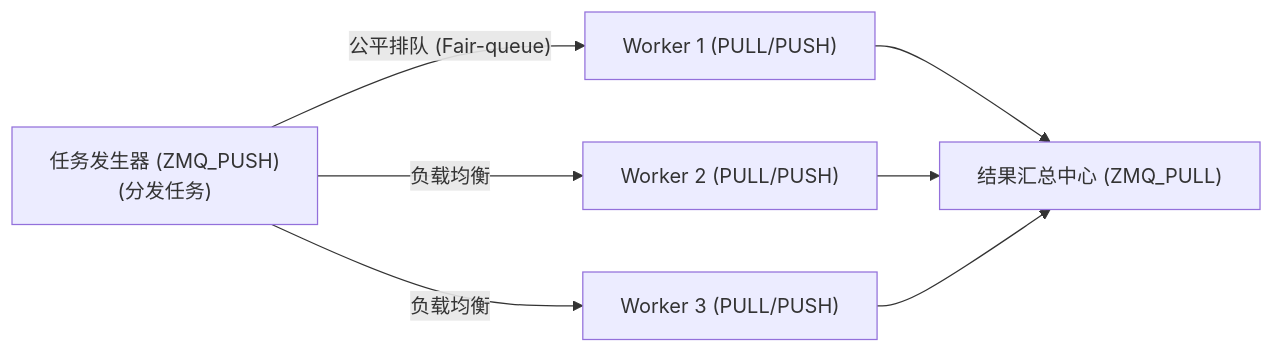
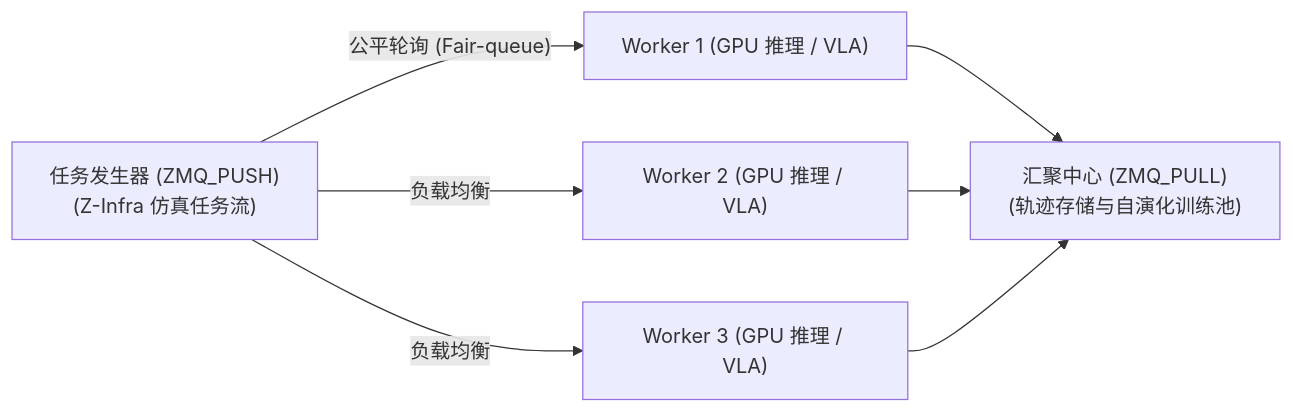
The eighth of 15 diagrams in _posts/research/2026-09-07-Embodied-Agent-Harness-Survey.md (TingdeLiu/tingdeliu.github.io), drawn with Mermaid before and after one commit. The commit also changed other lines of this file and 2 other files, not shown here.

````diff
--- a/_posts/research/2026-09-07-Embodied-Agent-Harness-Survey.md
+++ b/_posts/research/2026-09-07-Embodied-Agent-Harness-Survey.md
@@ -302,12 +480,10 @@
 ```mermaid
 flowchart LR
-    Ventilator["任务发生器 (ZMQ_PUSH)<br/>(分发任务)"]
-    
-    Ventilator -->|"公平排队 (Fair-queue)"| W1["Worker 1 (PULL/PUSH)"]
-    Ventilator -->|"负载均衡"| W2["Worker 2 (PULL/PUSH)"]
-    Ventilator -->|"负载均衡"| W3["Worker 3 (PULL/PUSH)"]
-    
-    W1 --> Sink["结果汇总中心 (ZMQ_PULL)"]
+    Ventilator["任务发生器 (ZMQ_PUSH)<br/>(Z-Infra 仿真任务流)"]
+    Ventilator -->|"公平轮询 (Fair-queue)"| W1["Worker 1 (GPU 推理 / VLA)"]
+    Ventilator -->|"负载均衡"| W2["Worker 2 (GPU 推理 / VLA)"]
+    Ventilator -->|"负载均衡"| W3["Worker 3 (GPU 推理 / VLA)"]
+    W1 --> Sink["汇聚中心 (ZMQ_PULL)<br/>(轨迹存储与自演化训练池)"]
     W2 --> Sink
     W3 --> Sink
 ```
````
